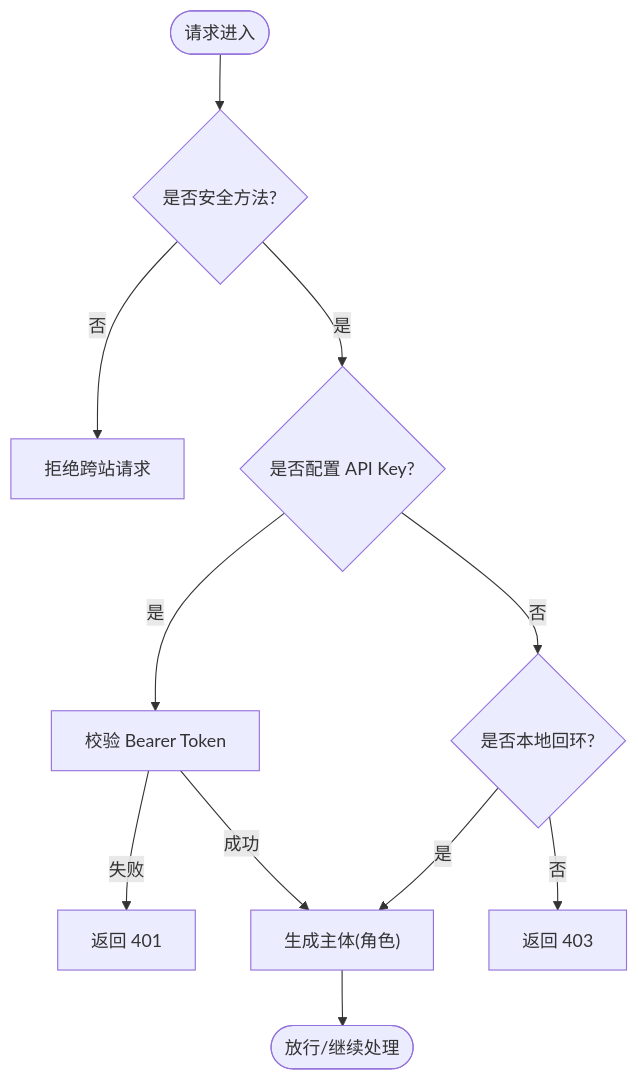
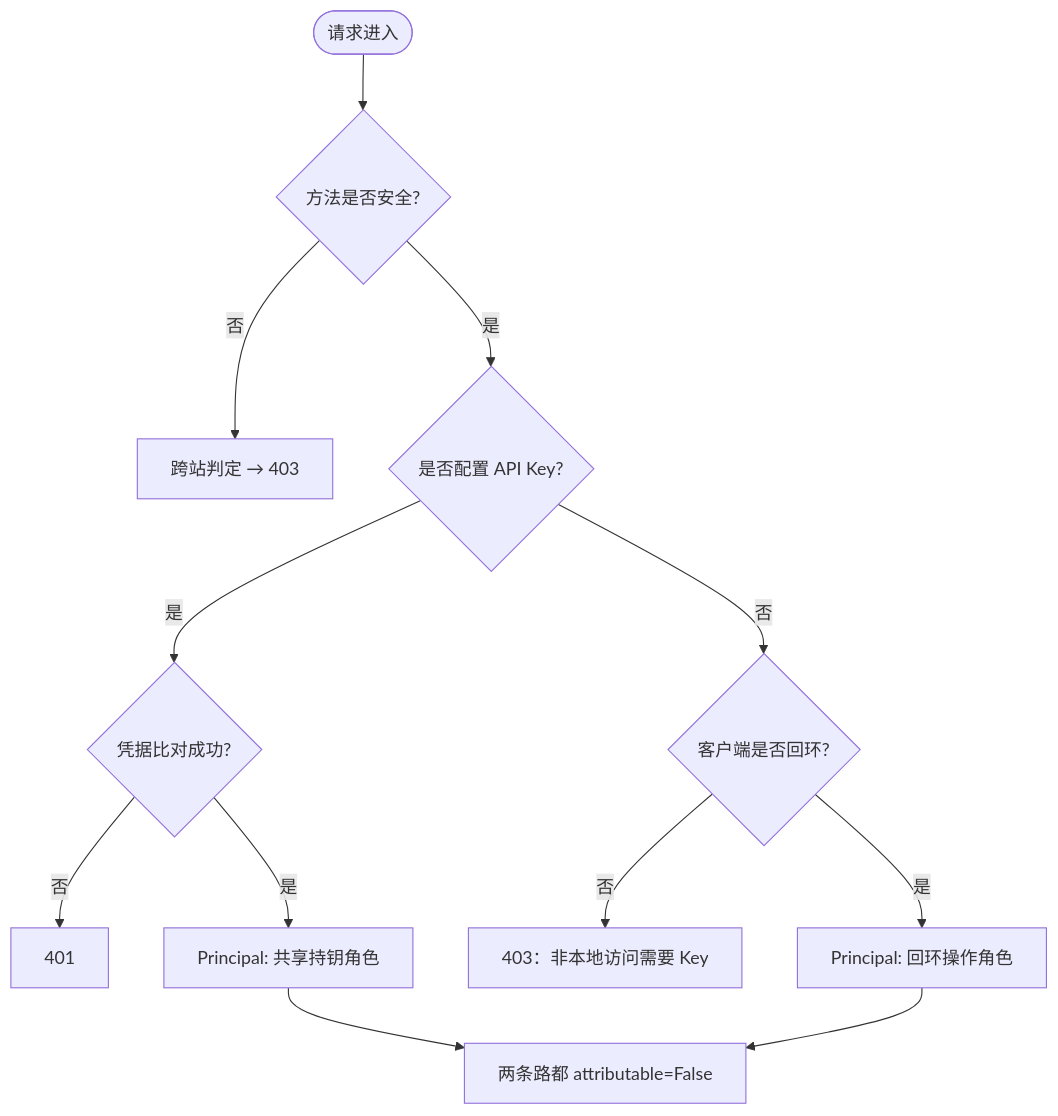
The third of 6 diagrams in repowiki/topics/安全与治理/安全与治理.md (hjfire/vibe-trading-fw), drawn with Mermaid before and after one commit. The commit also changed other lines of this file and 5 other files, not shown here.

````diff
--- a/repowiki/topics/安全与治理/安全与治理.md
+++ b/repowiki/topics/安全与治理/安全与治理.md
@@ -181,13 +199,14 @@
 ```mermaid
 flowchart TD
-Start(["请求进入"]) --> CheckMethod{"是否安全方法?"}
-CheckMethod -- 否 --> RejectCSRF["拒绝跨站请求"]
-CheckMethod -- 是 --> HasKey{"是否配置 API Key?"}
-HasKey -- 是 --> ValidateToken["校验 Bearer Token"]
-ValidateToken -- 失败 --> Err401["返回 401"]
-ValidateToken -- 成功 --> Principal["生成主体(角色)"]
-HasKey -- 否 --> IsLocal{"是否本地回环?"}
-IsLocal -- 否 --> Err403["返回 403"]
-IsLocal -- 是 --> Principal
-Principal --> End(["放行/继续处理"])
+S(["请求进入"]) --> M{"方法是否安全?"}
+M -- 否 --> CSRF["跨站判定 → 403"]
+M -- 是 --> K{"是否配置 API Key?"}
+K -- 是 --> T{"凭据比对成功?"}
+T -- 否 --> E401["401"]
+T -- 是 --> P1["Principal: 共享持钥角色"]
+K -- 否 --> LB{"客户端是否回环?"}
+LB -- 否 --> E403["403：非本地访问需要 Key"]
+LB -- 是 --> P2["Principal: 回环操作角色"]
+P1 --> OUT["两条路都 attributable=False"]
+P2 --> OUT
 ```
````
